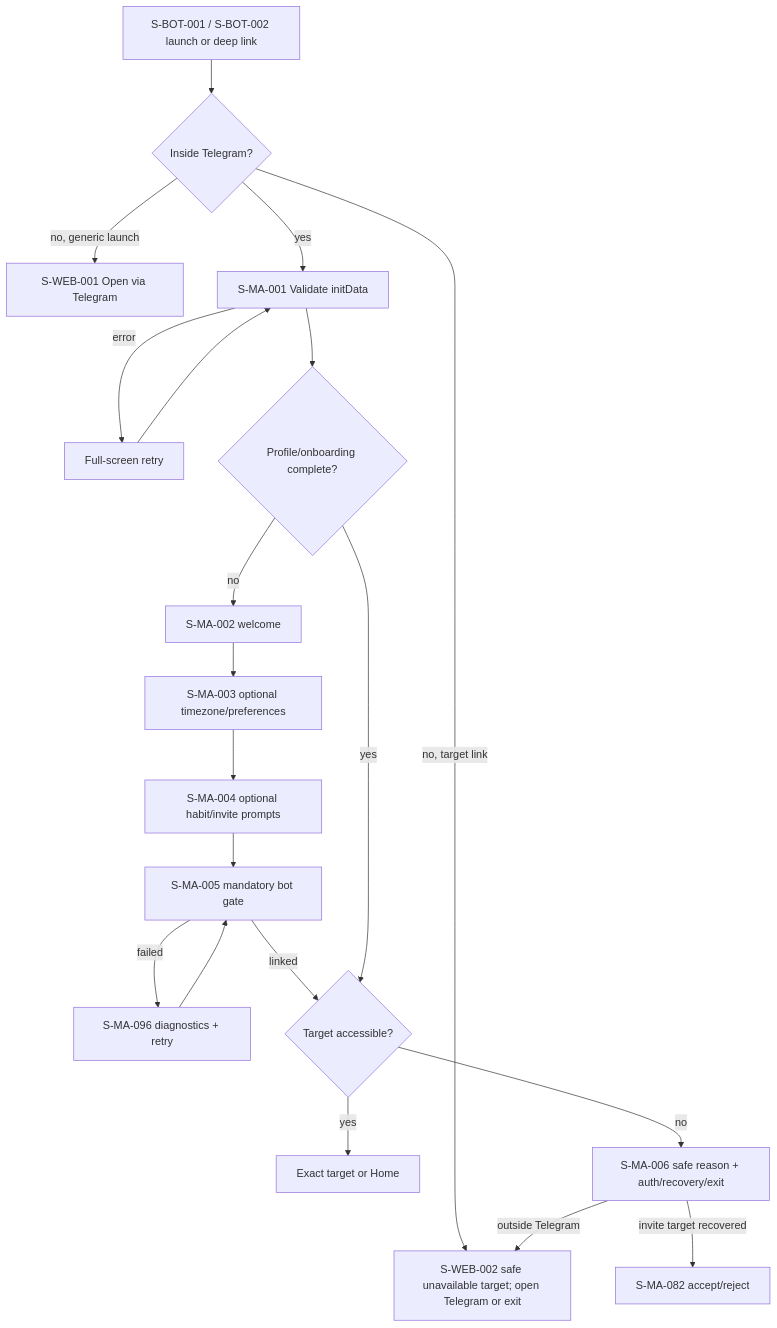
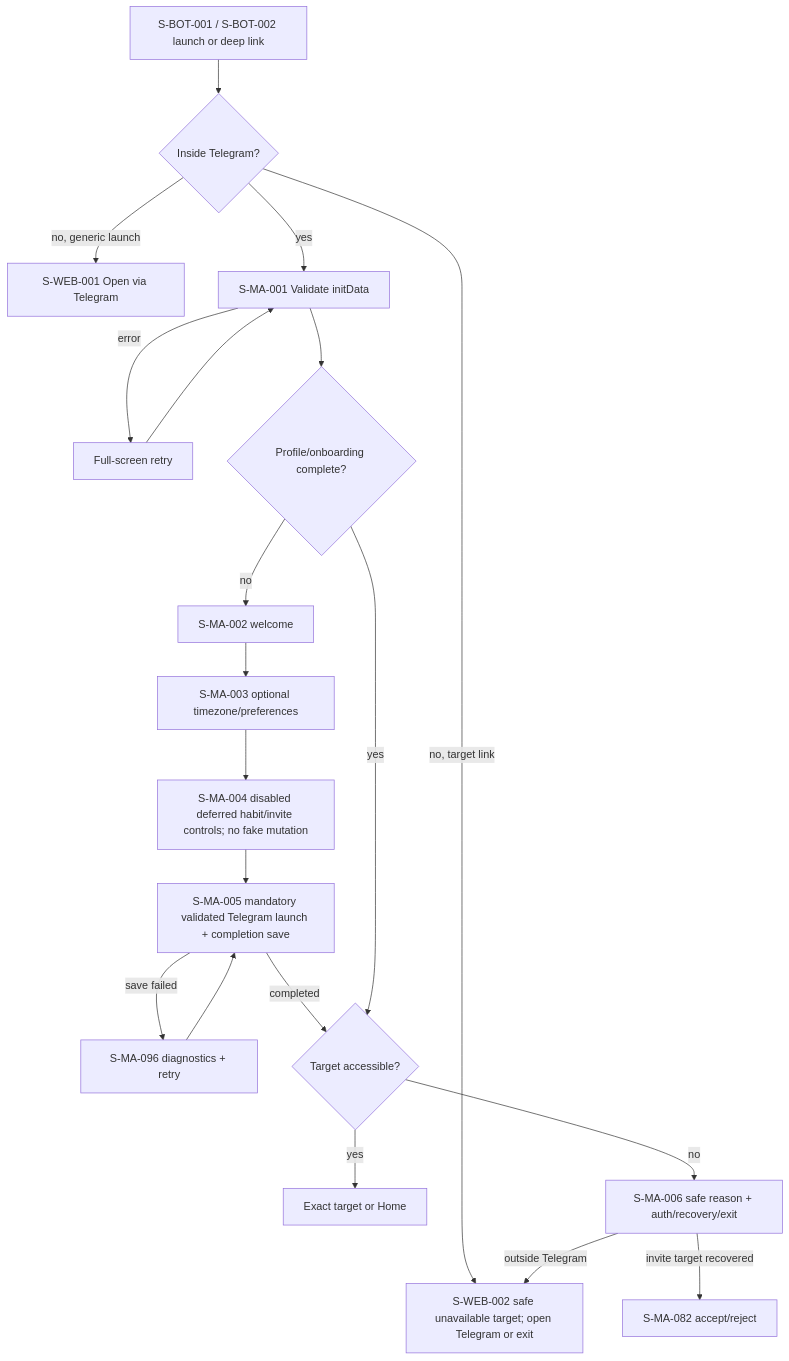
One commit to ozcnii/flowly changed the diagram in docs/design/flows/diagrams/01-onboarding-auth.md. Above: the diagram before and after it, drawn with Mermaid. The commit also changed 29 other files, not shown here.

````diff
--- a/docs/design/flows/diagrams/01-onboarding-auth.md
+++ b/docs/design/flows/diagrams/01-onboarding-auth.md
@@ -7,22 +7,22 @@
 ```mermaid
 flowchart TD
   A[S-BOT-001 / S-BOT-002 launch or deep link] --> T{Inside Telegram?}
   T -- no, generic launch --> W[S-WEB-001 Open via Telegram]
   T -- no, target link --> WT[S-WEB-002 safe unavailable target; open Telegram or exit]
   T -- yes --> V[S-MA-001 Validate initData]
   V -->|error| R[Full-screen retry]
   R --> V
   V --> O{Profile/onboarding complete?}
   O -- no --> S[S-MA-002 welcome]
   S --> P[S-MA-003 optional timezone/preferences]
-  P --> I[S-MA-004 optional habit/invite prompts]
-  I --> G[S-MA-005 mandatory bot gate]
-  G -->|failed| D[S-MA-096 diagnostics + retry]
+  P --> I[S-MA-004 disabled deferred habit/invite controls; no fake mutation]
+  I --> G[S-MA-005 mandatory validated Telegram launch + completion save]
+  G -->|save failed| D[S-MA-096 diagnostics + retry]
   D --> G
-  G -->|linked| X{Target accessible?}
+  G -->|completed| X{Target accessible?}
   O -- yes --> X
   X -- yes --> Z[Exact target or Home]
   X -- no --> U[S-MA-006 safe reason + auth/recovery/exit]
   U -->|invite target recovered| IV[S-MA-082 accept/reject]
   U -->|outside Telegram| WT
 ```
````
